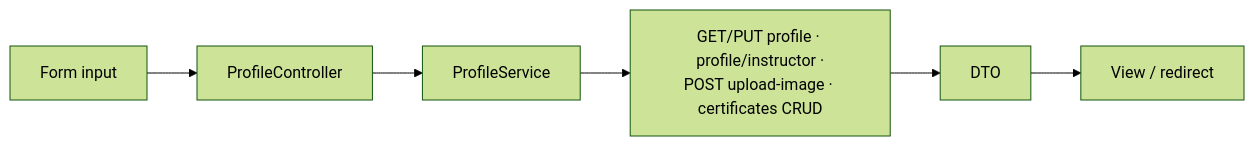
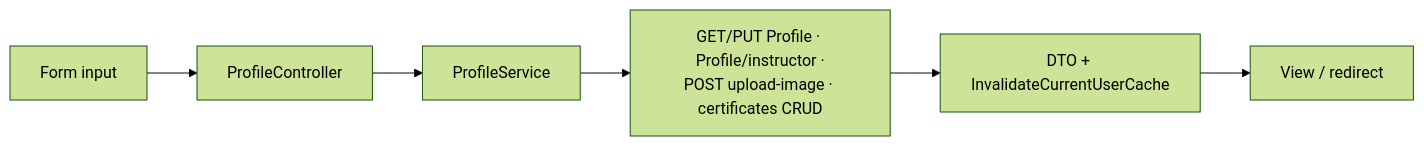
The third of 4 diagrams in Documentation/Modules/MVC/Learner/ProfileController.md (MohamedGasser15/Education-Lab), drawn with Mermaid (forest theme) before and after one commit. The commit also changed other lines of this file and 20 other files, not shown here.

Commit message:
docs(modules): update system architecture and module documentation

````diff
--- a/Documentation/Modules/MVC/Learner/ProfileController.md
+++ b/Documentation/Modules/MVC/Learner/ProfileController.md
@@ -149,8 +154,8 @@
 ```mermaid
 flowchart LR
     A[Form input] --> B[ProfileController]
     B --> C[ProfileService]
-    C --> D[GET/PUT profile · profile/instructor ·<br/>POST upload-image · certificates CRUD]
-    D --> E[DTO]
+    C --> D[GET/PUT Profile · Profile/instructor ·<br/>POST upload-image · certificates CRUD]
+    D --> E[DTO + InvalidateCurrentUserCache]
     E --> F[View / redirect]
 ```
````
